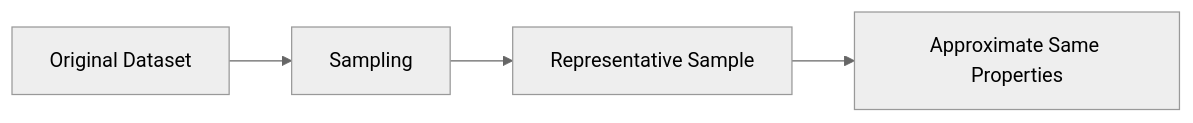
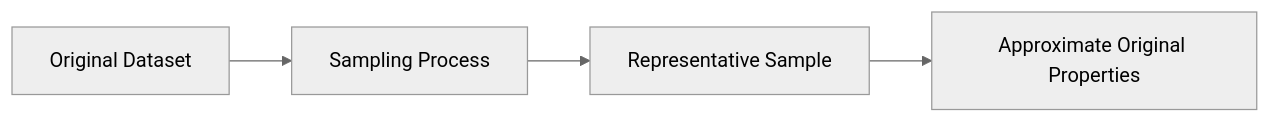
The first of 8 diagrams in Trimester 1/Data Preprocessing/W06 - Data Reduction/L1/6.3. Data Sampling.md (Balasubramanian-pg/MSC.-Data-Science-AI), drawn with Mermaid (neutral theme) before and after one commit. The commit also changed other lines of this file, not shown here.

Commit message:
Update 6.3. Data Sampling.md

````diff
--- a/Trimester 1/Data Preprocessing/W06 - Data Reduction/L1/6.3. Data Sampling.md
+++ b/Trimester 1/Data Preprocessing/W06 - Data Reduction/L1/6.3. Data Sampling.md
@@ -113,9 +55,7 @@
 ```mermaid
 flowchart LR
     A[Original Dataset]
-    --> B[Sampling]
-
+    --> B[Sampling Process]
     B --> C[Representative Sample]
-
-    C --> D[Approximate Same Properties]
+    C --> D[Approximate Original Properties]
 ```
````
